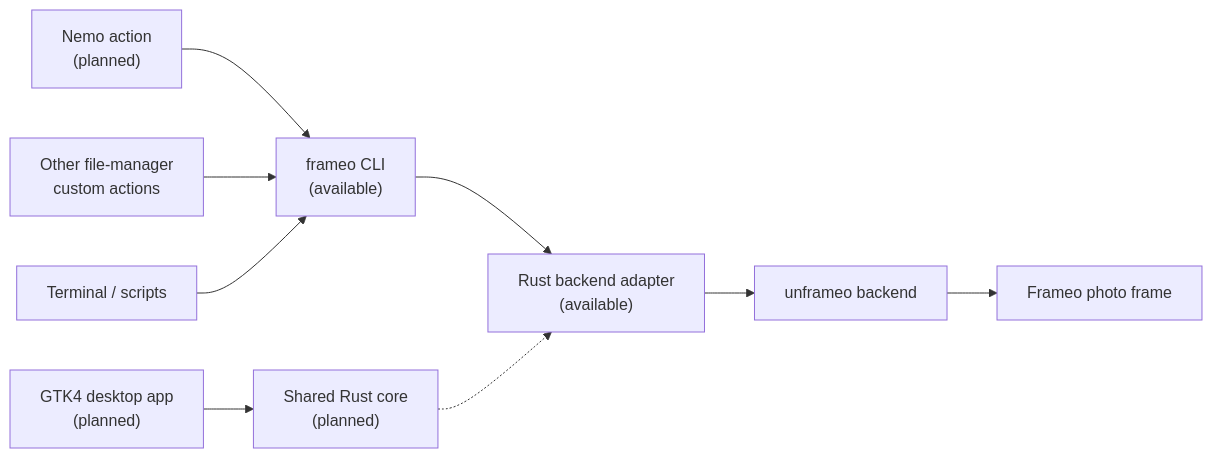
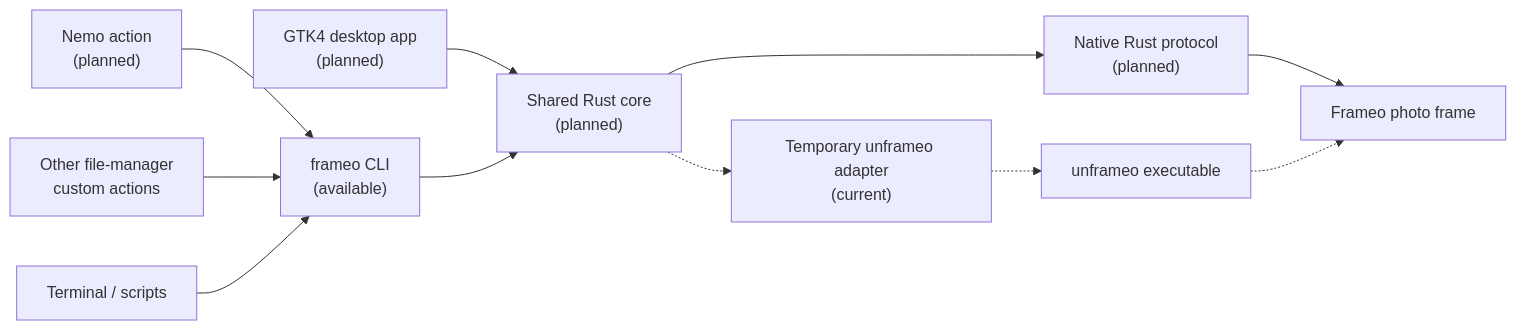
One commit to stiffes/frameo-linux changed the diagram in README.md. Above: the diagram before and after it, drawn with Mermaid. The commit also changed other lines of this file, not shown here.

Commit message:
docs: clarify native Rust backend direction

````diff
--- a/README.md
+++ b/README.md
@@ -86,11 +88,13 @@
 ```mermaid
 flowchart LR
     GTK["GTK4 desktop app<br/>(planned)"] --> CORE["Shared Rust core<br/>(planned)"]
     NEMO["Nemo action<br/>(planned)"] --> CLI
     FM["Other file-manager<br/>custom actions"] --> CLI
     USER["Terminal / scripts"] --> CLI["frameo CLI<br/>(available)"]
-    CLI --> ADAPTER["Rust backend adapter<br/>(available)"]
-    ADAPTER --> UNFRAMEO["unframeo backend"]
-    UNFRAMEO --> FRAME["Frameo photo frame"]
-    CORE -.-> ADAPTER
+    CLI --> CORE
+    CORE --> NATIVE["Native Rust protocol<br/>(planned)"]
+    CORE -.-> ADAPTER["Temporary unframeo adapter<br/>(current)"]
+    ADAPTER -.-> UNFRAMEO["unframeo executable"]
+    NATIVE --> FRAME["Frameo photo frame"]
+    UNFRAMEO -.-> FRAME
 ```
````
